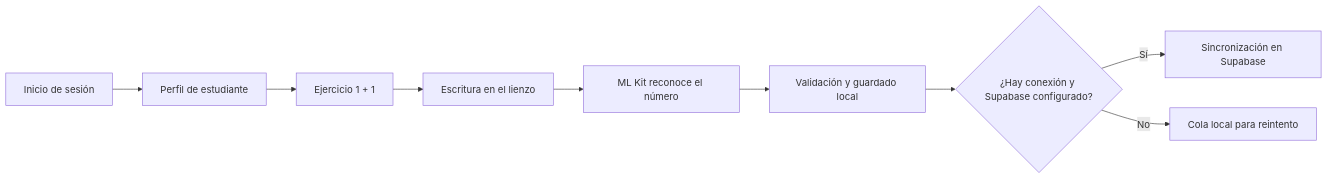
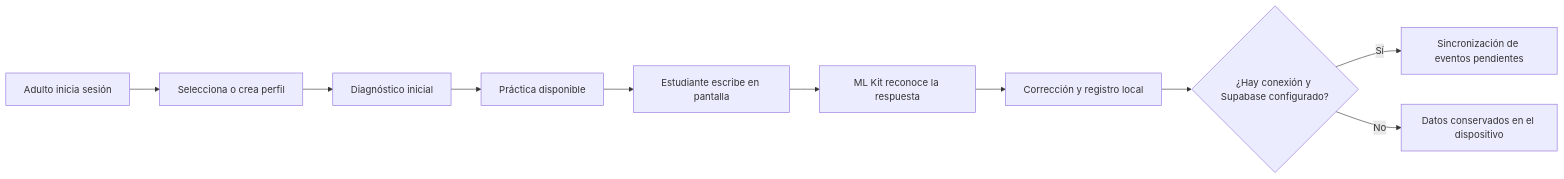
One commit to fervidalna/kmat changed the diagram in README.md. Above: the diagram before and after it, drawn with Mermaid. The commit also changed other lines of this file and 142 other files, not shown here.

````diff
--- a/README.md
+++ b/README.md
@@ -26,11 +26,12 @@
 ```mermaid
 flowchart LR
-    A[Inicio de sesión] --> B[Perfil de estudiante]
-    B --> C[Ejercicio 1 + 1]
-    C --> D[Escritura en el lienzo]
-    D --> E[ML Kit reconoce el número]
-    E --> F[Validación y guardado local]
-    F --> G{¿Hay conexión y Supabase configurado?}
-    G -->|Sí| H[Sincronización en Supabase]
-    G -->|No| I[Cola local para reintento]
+    A[Adulto inicia sesión] --> B[Selecciona o crea perfil]
+    B --> C[Diagnóstico inicial]
+    C --> D[Práctica disponible]
+    D --> E[Estudiante escribe en pantalla]
+    E --> F[ML Kit reconoce la respuesta]
+    F --> G[Corrección y registro local]
+    G --> H{¿Hay conexión y Supabase configurado?}
+    H -->|Sí| I[Sincronización de eventos pendientes]
+    H -->|No| J[Datos conservados en el dispositivo]
 ```
````
